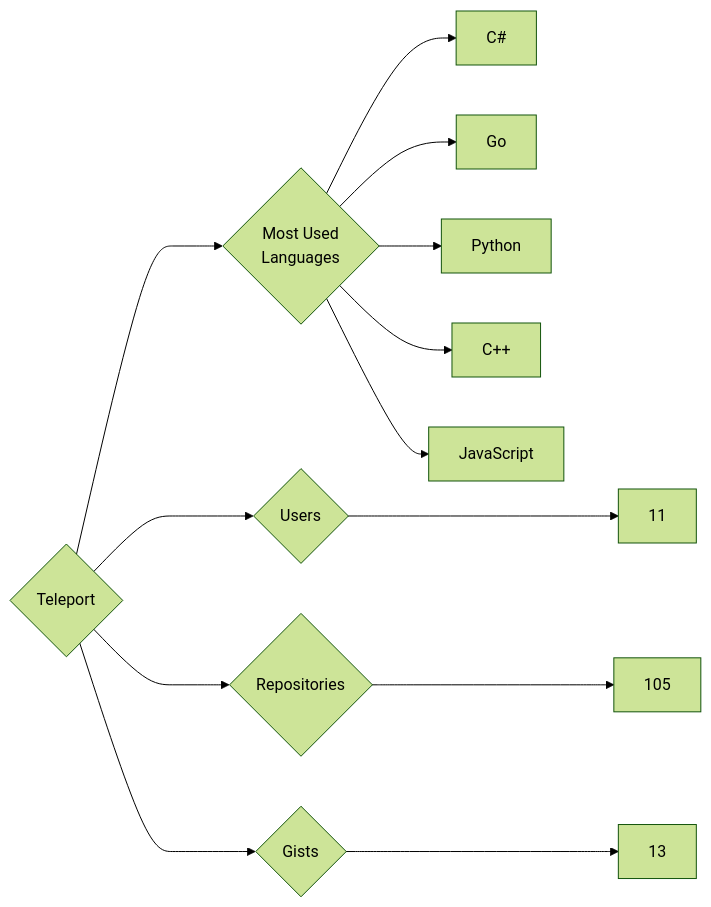
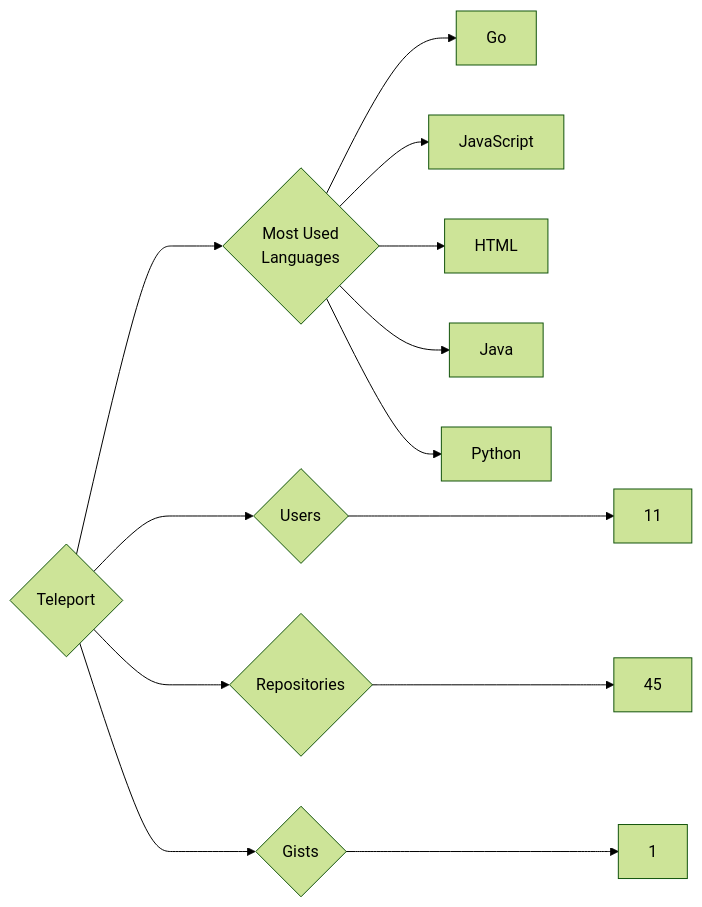
One commit to trickest/insiders changed the diagram in targets/Teleport/README.md. Above: the diagram before and after it, drawn with Mermaid (forest theme). The commit also changed 1479 other files, not shown here.

````diff
--- a/targets/Teleport/README.md
+++ b/targets/Teleport/README.md
@@ -3,13 +3,13 @@
 ```mermaid
 graph LR
 COMPANY_NAME{Teleport}
 COMPANY_NAME ---> U{Users} ---> UN[11]
-COMPANY_NAME ---> R{Repositories} ---> RN[105]
-COMPANY_NAME ---> G{Gists} ---> GN[13]
+COMPANY_NAME ---> R{Repositories} ---> RN[45]
+COMPANY_NAME ---> G{Gists} ---> GN[1]
 COMPANY_NAME ---> ML{Most Used<br>Languages}
-ML --> C#[C#]
 ML --> Go[Go]
+ML --> JavaScript[JavaScript]
+ML --> HTML[HTML]
+ML --> Java[Java]
 ML --> Python[Python]
-ML --> C++[C++]
-ML --> JavaScript[JavaScript]
 ```
````
